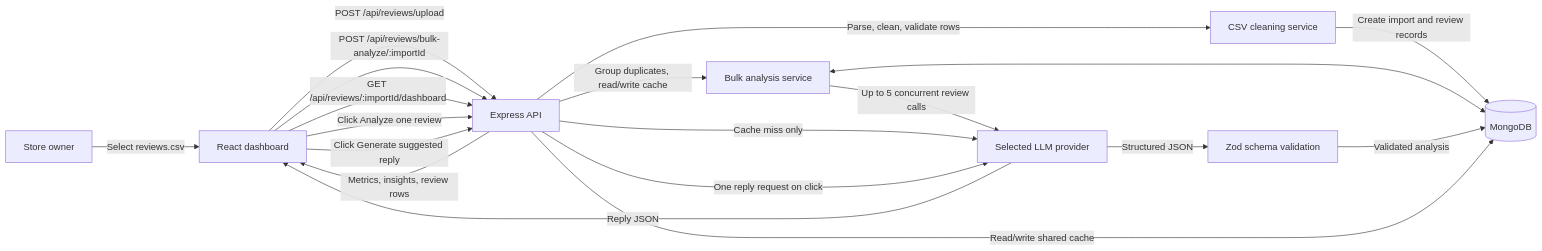
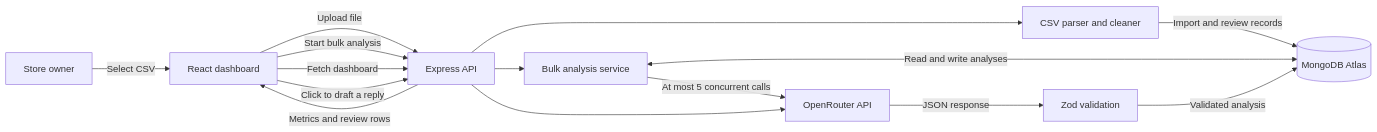
One commit to anuj-yd/ReviewLens changed the diagram in README.md. Above: the diagram before and after it, drawn with Mermaid. The commit also changed other lines of this file, not shown here.

Commit message:
Rewrite README with detailed setup and architecture

````diff
--- a/README.md
+++ b/README.md
@@ -40,21 +46,17 @@
 ```mermaid
 flowchart LR
-    Owner[Store owner] -->|Select reviews.csv| Browser[React dashboard]
-    Browser -->|POST /api/reviews/upload| API[Express API]
-    API -->|Parse, clean, validate rows| Cleaner[CSV cleaning service]
-    Cleaner -->|Create import and review records| Mongo[(MongoDB)]
-    Browser -->|POST /api/reviews/bulk-analyze/:importId| API
-    API -->|Group duplicates, read/write cache| Analyzer[Bulk analysis service]
-    Analyzer <--> Mongo
-    Analyzer -->|Up to 5 concurrent review calls| LLM[Selected LLM provider]
-    LLM -->|Structured JSON| Validator[Zod schema validation]
-    Validator -->|Validated analysis| Mongo
-    Browser -->|GET /api/reviews/:importId/dashboard| API
-    API -->|Metrics, insights, review rows| Browser
-    Browser -->|Click Analyze one review| API
-    API -->|Read/write shared cache| Mongo
-    API -->|Cache miss only| LLM
-    Browser -->|Click Generate suggested reply| API
-    API -->|One reply request on click| LLM
-    LLM -->|Reply JSON| Browser
+    Owner[Store owner] -->|Select CSV| UI[React dashboard]
+    UI -->|Upload file| API[Express API]
+    API --> Cleaner[CSV parser and cleaner]
+    Cleaner -->|Import and review records| Atlas[(MongoDB Atlas)]
+    UI -->|Start bulk analysis| API
+    API --> Bulk[Bulk analysis service]
+    Bulk <-->|Read and write analyses| Atlas
+    Bulk -->|At most 5 concurrent calls| OpenRouter[OpenRouter API]
+    OpenRouter -->|JSON response| Validator[Zod validation]
+    Validator -->|Validated analysis| Atlas
+    UI -->|Fetch dashboard| API
+    API -->|Metrics and review rows| UI
+    UI -->|Click to draft a reply| API
+    API --> OpenRouter
 ```
````
